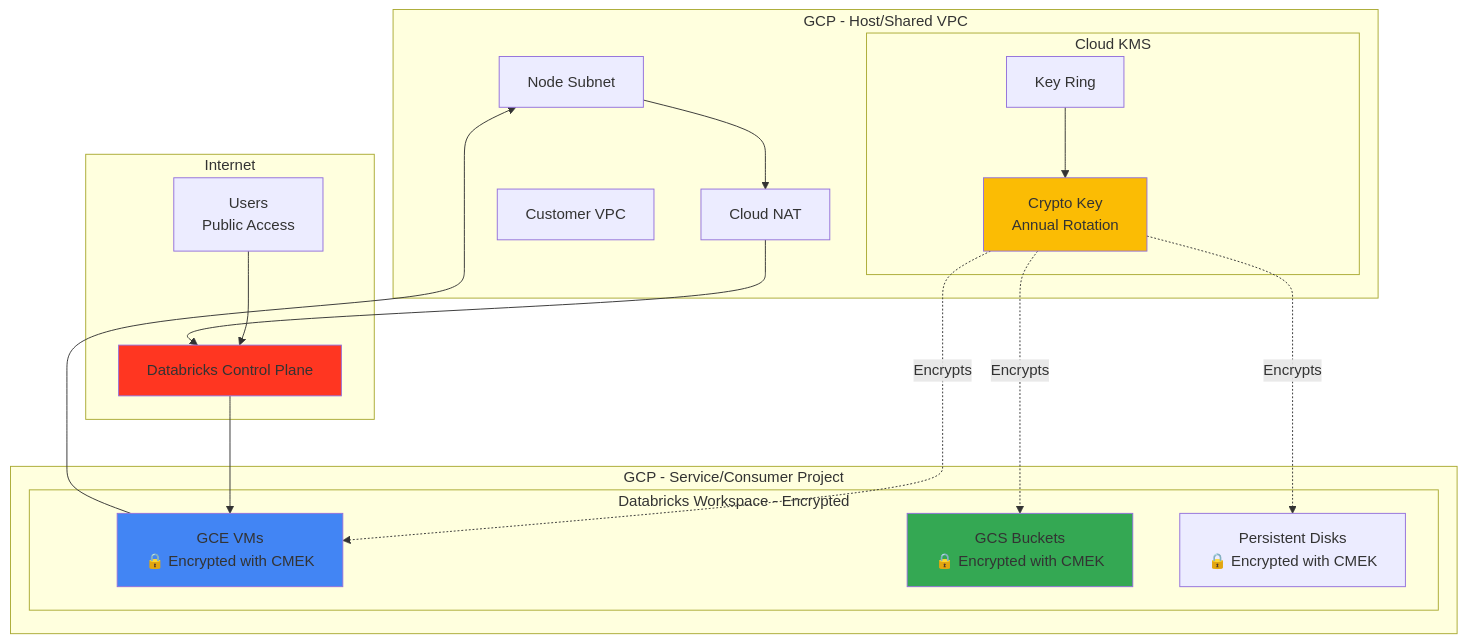
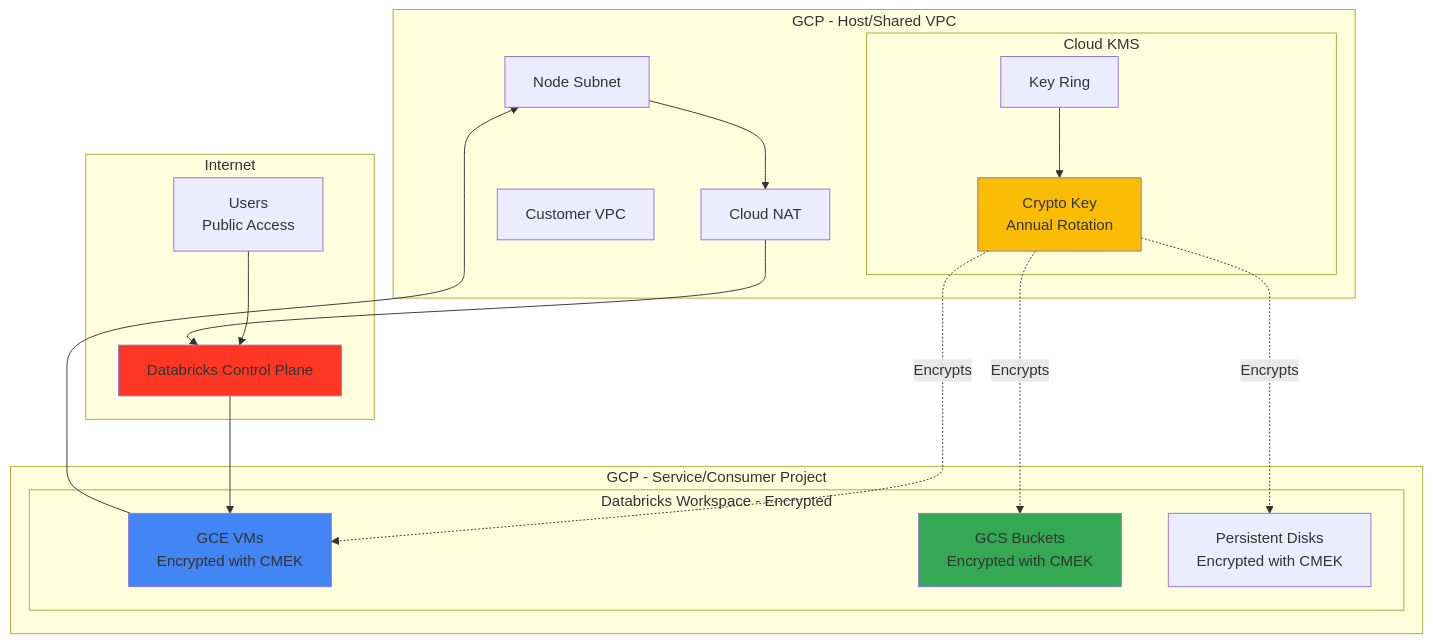
One commit to bhavink/databricks changed the fifth of 15 diagrams in gcpdb4u/templates/terraform-scripts/readme.md. Above: the diagram before and after it, drawn with Mermaid. The commit also changed other lines of this file and 81 other files, not shown here.

````diff
--- a/gcpdb4u/templates/terraform-scripts/readme.md
+++ b/gcpdb4u/templates/terraform-scripts/readme.md
@@ -272,42 +272,42 @@
 ```mermaid
 graph TB
     subgraph "GCP - Host/Shared VPC"
         VPC[Customer VPC]
         SUBNET[Node Subnet]
         NAT[Cloud NAT]
 
         subgraph "Cloud KMS"
             KEYRING[Key Ring]
             KEY[Crypto Key<br/>Annual Rotation]
         end
     end
 
     subgraph "GCP - Service/Consumer Project"
         subgraph "Databricks Workspace - Encrypted"
-            GCE[GCE VMs<br/>🔒 Encrypted with CMEK]
-            GCS[GCS Buckets<br/>🔒 Encrypted with CMEK]
-            DISK[Persistent Disks<br/>🔒 Encrypted with CMEK]
+            GCE[GCE VMs<br/> Encrypted with CMEK]
+            GCS[GCS Buckets<br/> Encrypted with CMEK]
+            DISK[Persistent Disks<br/> Encrypted with CMEK]
         end
     end
 
     subgraph "Internet"
         USERS[Users<br/>Public Access]
         CONTROL[Databricks Control Plane]
     end
 
     KEYRING --> KEY
     KEY -.Encrypts.-> GCS
     KEY -.Encrypts.-> DISK
     KEY -.Encrypts.-> GCE
 
     USERS --> CONTROL
     CONTROL --> GCE
     SUBNET --> NAT
     NAT --> CONTROL
     GCE --> SUBNET
 
     style KEY fill:#FBBC04
     style GCS fill:#34A853
     style GCE fill:#4285F4
     style CONTROL fill:#FF3621
 ```
````
